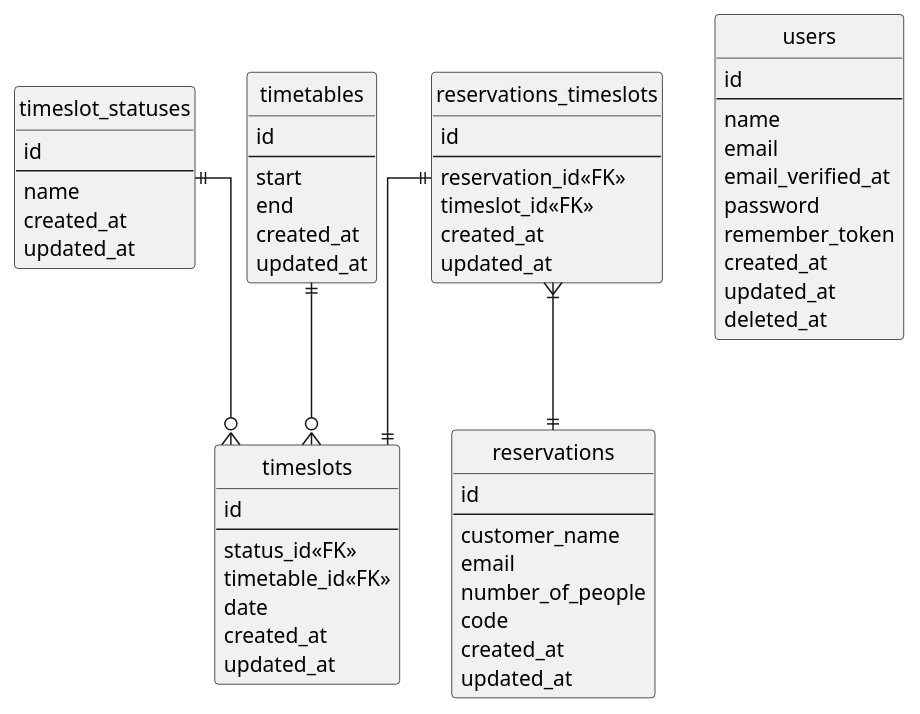
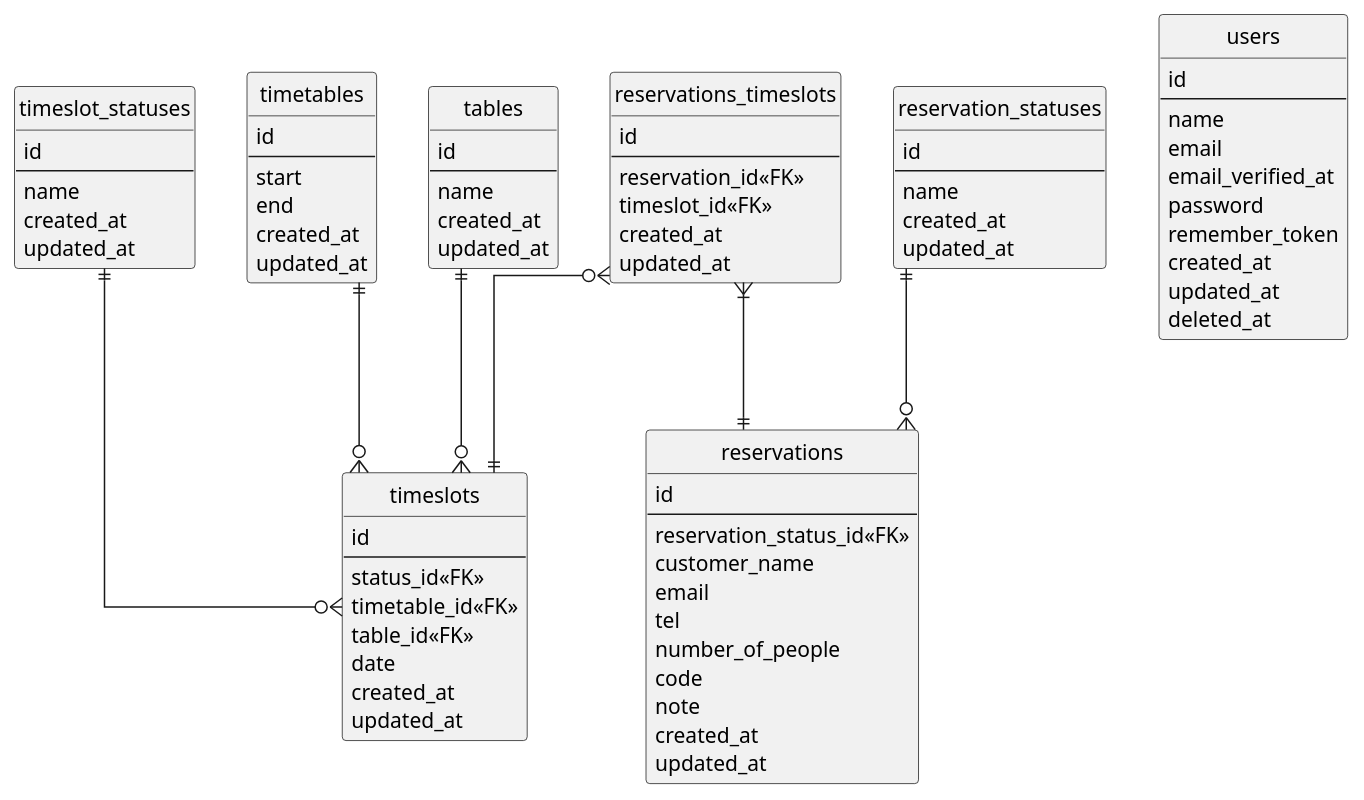
Before and after one commit to pentaco/simple_reservation: the diagram in database.pu, drawn with PlantUML.

Commit message:
ER図の更新

```diff
--- a/database.pu
+++ b/database.pu
@@ -1,74 +1,97 @@
 @startuml yonde
 ' hide the spot
 hide circle
 
 ' avoid problems with angled crows feet
 skinparam linetype ortho
 
 
 entity "timeslot_statuses" as timeslot_statuses {
+  id
+  --
+  name
+  created_at
+  updated_at
+}
+
+
+entity "reservation_statuses" as reservation_statuses {
   id
   --
   name
   created_at
   updated_at
 }
 
 entity "users" as users {
   id
   --
   name
   email
   email_verified_at
   password
   remember_token
   created_at
   updated_at
   deleted_at
 }
 
 entity "timetables" as timetables {
   id
   --
   start
   end
   created_at
   updated_at
 }
 
+entity "tables" as tables {
+  id
+  --
+  name
+  created_at
+  updated_at
+}
+
 entity "timeslots" as timeslots {
   id
   --
   status_id<<FK>>
   timetable_id<<FK>>
+  table_id<<FK>>
   date
   created_at
   updated_at
 }
 
 entity "reservations" as reservations {
   id
   --
+  reservation_status_id<<FK>>
   customer_name
   email
+  tel
   number_of_people
   code
+  note
   created_at
   updated_at
 }
 
 entity "reservations_timeslots" as reservations_timeslots {
   id
   --
   reservation_id<<FK>>
   timeslot_id<<FK>>
   created_at
   updated_at
 }
 
 
 timetables ||--o{ timeslots
+tables ||--o{ timeslots
 timeslot_statuses ||--o{ timeslots
-reservations_timeslots ||--|| timeslots
+reservation_statuses ||--o{ reservations
+reservations_timeslots }o--|| timeslots
 reservations_timeslots }|--|| reservations
 @enduml
```
